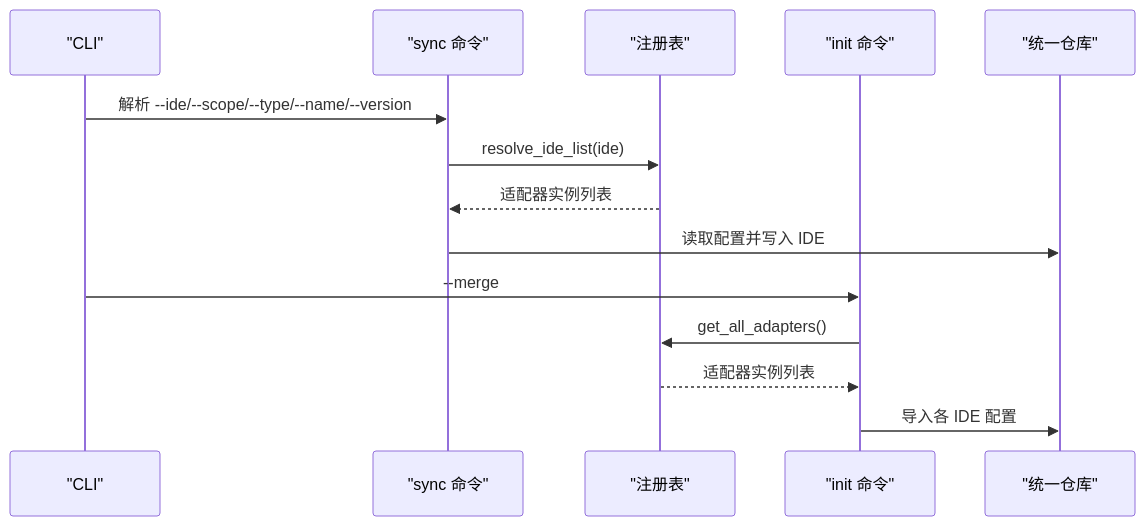
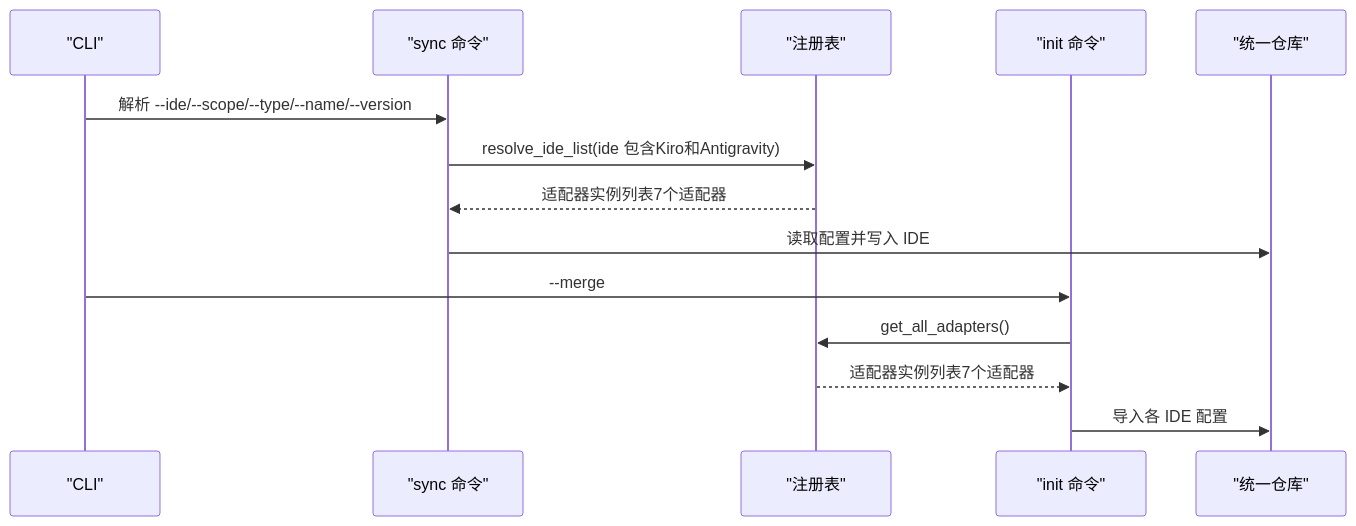
The fifth of 6 diagrams in .qoder/repowiki/zh/content/IDE适配器/适配器注册与管理.md (MapleWan/MSR), drawn with Mermaid before and after one commit. The commit also changed other lines of this file and 5 other files, not shown here.

````diff
--- a/.qoder/repowiki/zh/content/IDE适配器/适配器注册与管理.md
+++ b/.qoder/repowiki/zh/content/IDE适配器/适配器注册与管理.md
@@ -232,16 +278,16 @@
 ```mermaid
 sequenceDiagram
 participant CLI as "CLI"
 participant Sync as "sync 命令"
 participant Reg as "注册表"
 participant Init as "init 命令"
 participant Repo as "统一仓库"
 CLI->>Sync : 解析 --ide/--scope/--type/--name/--version
-Sync->>Reg : resolve_ide_list(ide)
-Reg-->>Sync : 适配器实例列表
+Sync->>Reg : resolve_ide_list(ide 包含Kiro和Antigravity)
+Reg-->>Sync : 适配器实例列表7个适配器
 Sync->>Repo : 读取配置并写入 IDE
 CLI->>Init : --merge
 Init->>Reg : get_all_adapters()
-Reg-->>Init : 适配器实例列表
+Reg-->>Init : 适配器实例列表7个适配器
 Init->>Repo : 导入各 IDE 配置
 ```
````
